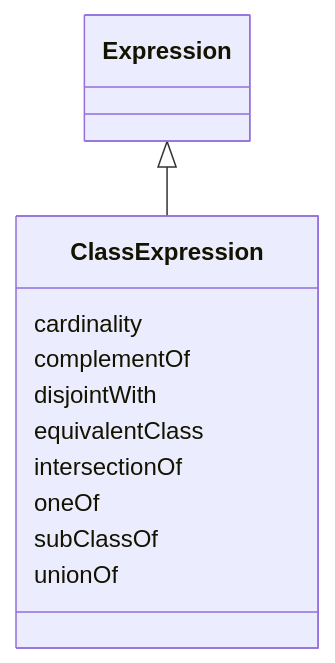
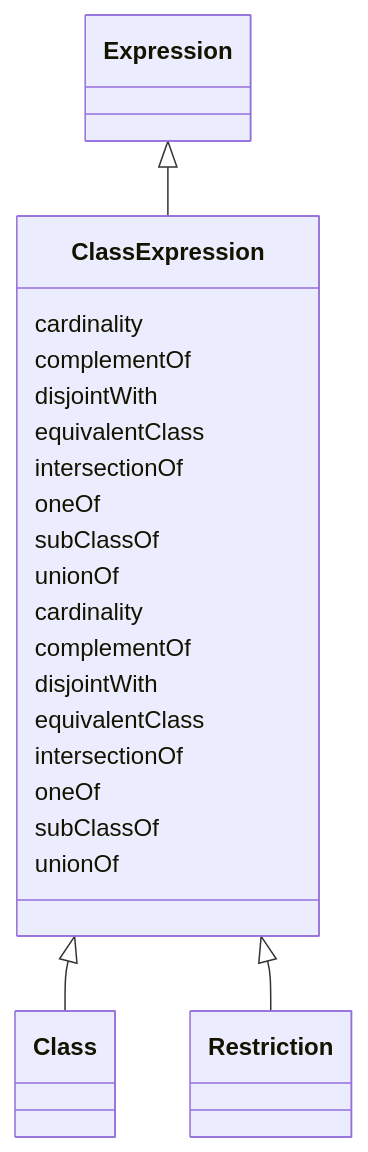
Before and after one commit to INCATools/ontology-access-kit: the diagram in ontology-metadata/ClassExpression.md, drawn with Mermaid. The commit also changed 245 other files, not shown here.

````diff
--- a/ontology-metadata/ClassExpression.md
+++ b/ontology-metadata/ClassExpression.md
@@ -13,15 +13,28 @@
 ```{mermaid}
  classDiagram
+    class ClassExpression
       Expression <|-- ClassExpression
       
       ClassExpression : cardinality
       ClassExpression : complementOf
       ClassExpression : disjointWith
       ClassExpression : equivalentClass
       ClassExpression : intersectionOf
       ClassExpression : oneOf
       ClassExpression : subClassOf
       ClassExpression : unionOf
       
 
+      ClassExpression <|-- Class
+      ClassExpression <|-- Restriction
+      
+      ClassExpression : cardinality
+      ClassExpression : complementOf
+      ClassExpression : disjointWith
+      ClassExpression : equivalentClass
+      ClassExpression : intersectionOf
+      ClassExpression : oneOf
+      ClassExpression : subClassOf
+      ClassExpression : unionOf
+      
 ```
````
